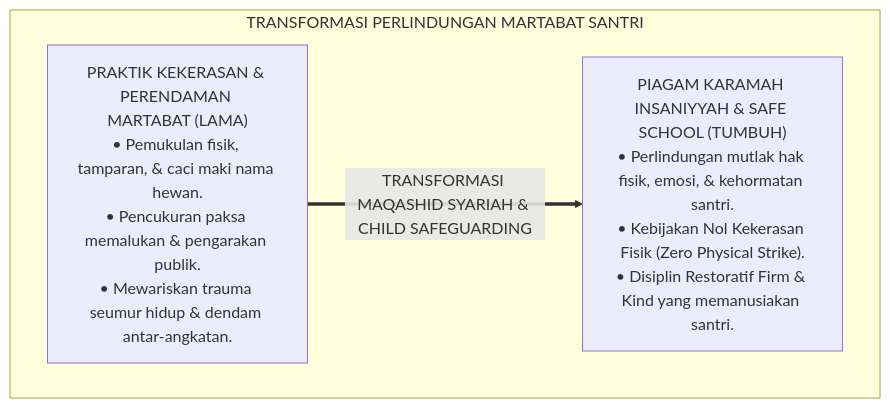
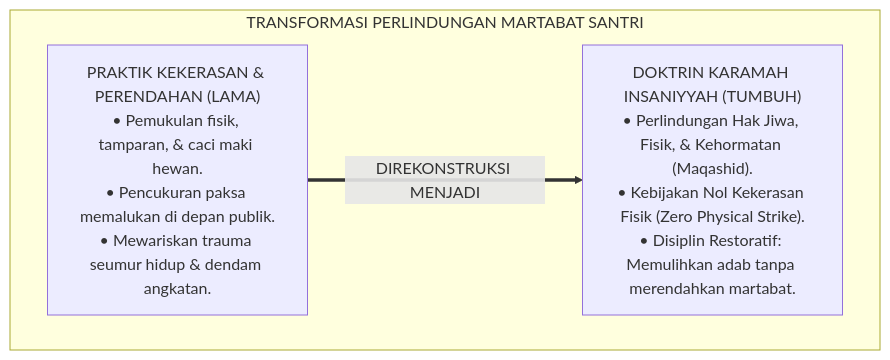
Before and after one commit to wandiapriliyandi/tumbuh: the first of 4 diagrams in 01 Philosophy/02 Human Nature/P1-02-06-Kemuliaan-Bani-Adam-dan-Hak-Asasi-Santri.md, drawn with Mermaid. The commit also changed other lines of this file and 6 other files, not shown here.

````diff
--- a/01 Philosophy/02 Human Nature/P1-02-06-Kemuliaan-Bani-Adam-dan-Hak-Asasi-Santri.md
+++ b/01 Philosophy/02 Human Nature/P1-02-06-Kemuliaan-Bani-Adam-dan-Hak-Asasi-Santri.md
@@ -57,10 +55,10 @@
 ```mermaid
 flowchart TD
     subgraph TransformasiPenegakanMartabat["TRANSFORMASI PERLINDUNGAN MARTABAT SANTRI"]
-        KekerasanLama["PRAKTIK KEKERASAN & PERENDAMAN MARTABAT (LAMA)<br/>• Pemukulan fisik, tamparan, & caci maki nama hewan.<br/>• Pencukuran paksa memalukan & pengarakan publik.<br/>• Mewariskan trauma seumur hidup & dendam antar-angkatan."]
+        PolaKekerasanLama["PRAKTIK KEKERASAN & PERENDAHAN (LAMA)<br/>• Pemukulan fisik, tamparan, & caci maki hewan.<br/>• Pencukuran paksa memalukan di depan publik.<br/>• Mewariskan trauma seumur hidup & dendam angkatan."]
         
-        KaramahTUMBUH["PIAGAM KARAMAH INSANIYYAH & SAFE SCHOOL (TUMBUH)<br/>• Perlindungan mutlak hak fisik, emosi, & kehormatan santri.<br/>• Kebijakan Nol Kekerasan Fisik (Zero Physical Strike).<br/>• Disiplin Restoratif Firm & Kind yang memanusiakan santri."]
+        PolaKaramahTUMBUH["DOKTRIN KARAMAH INSANIYYAH (TUMBUH)<br/>• Perlindungan Hak Jiwa, Fisik, & Kehormatan (Maqashid).<br/>• Kebijakan Nol Kekerasan Fisik (Zero Physical Strike).<br/>• Disiplin Restoratif: Memulihkan adab tanpa merendahkan martabat."]
         
-        KekerasanLama ==>|TRANSFORMASI MAQASHID SYARIAH & CHILD SAFEGUARDING| KaramahTUMBUH
+        PolaKekerasanLama ==>|DIREKONSTRUKSI MENJADI| PolaKaramahTUMBUH
     end
 ```
````
